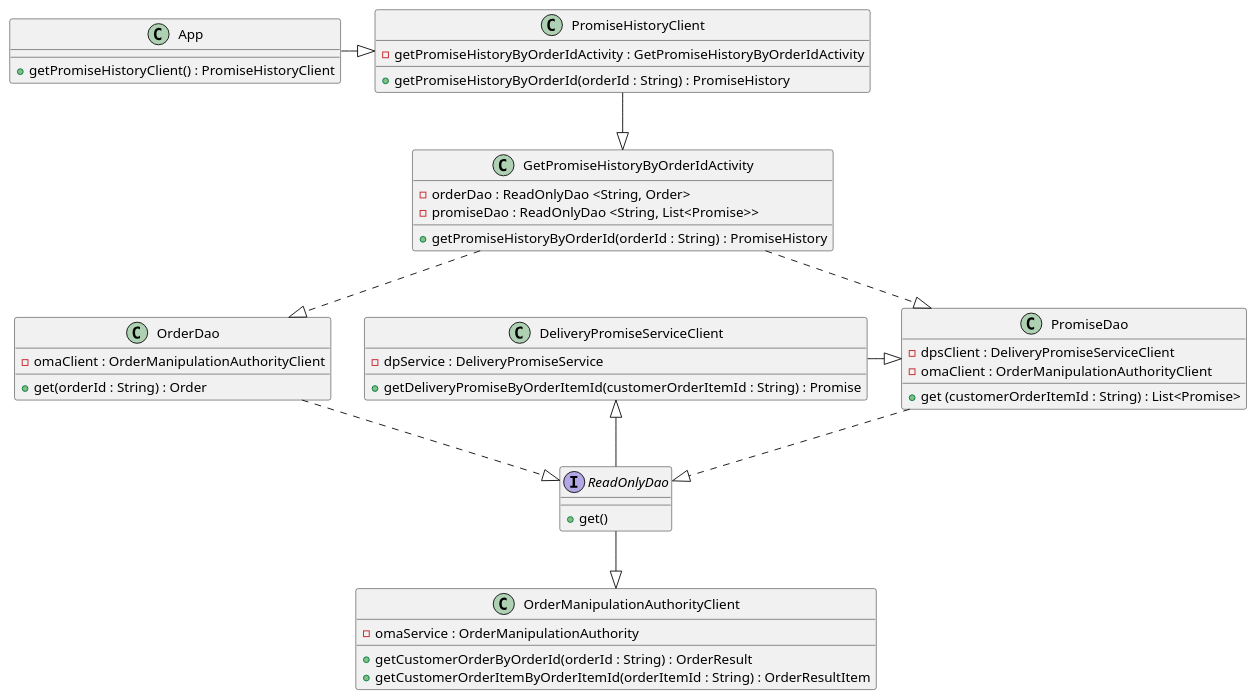
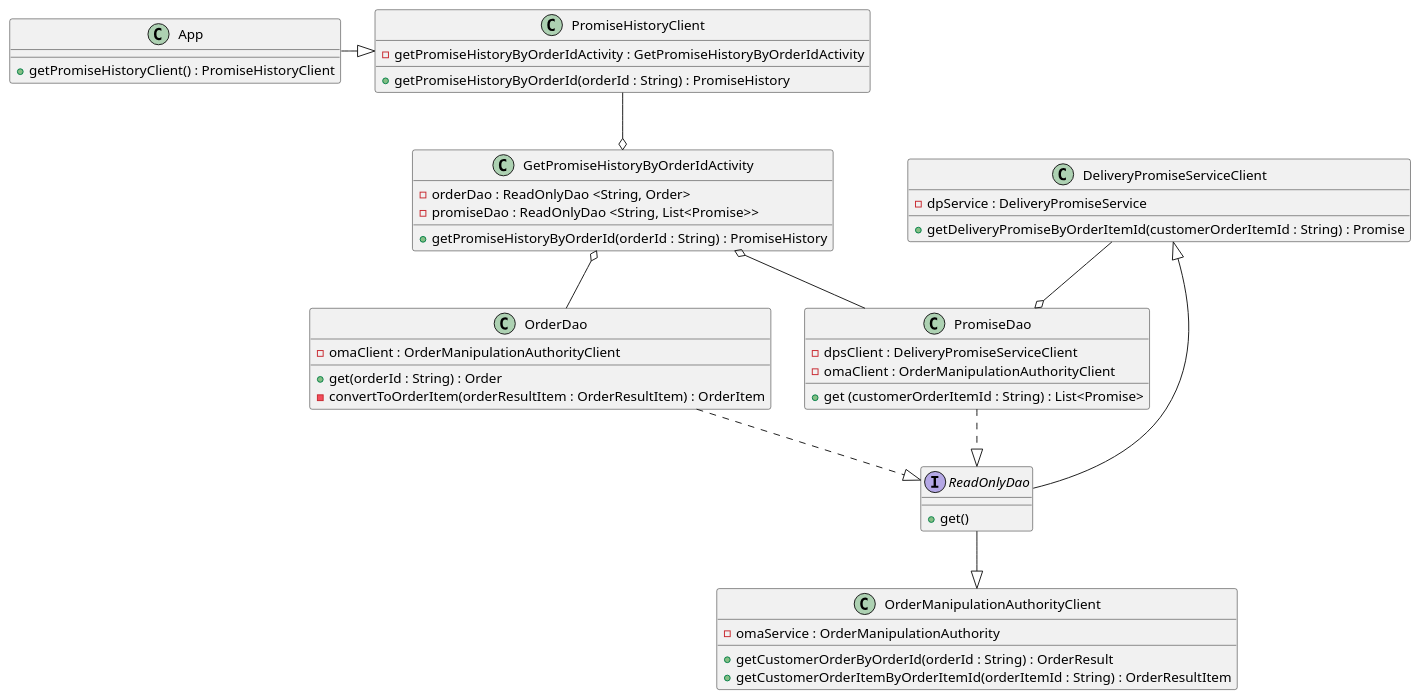
One commit to KasiDavid/bd-intermediate-java-project changed the diagram in src/resources/deliveringonourpromise_CD.puml. Above: the diagram before and after it, drawn with PlantUML.

Commit message:
Working on task 4 relationships

```diff
--- a/src/resources/deliveringonourpromise_CD.puml
+++ b/src/resources/deliveringonourpromise_CD.puml
@@ -1,62 +1,63 @@
 @startuml
 
 class App{
 + getPromiseHistoryClient() : PromiseHistoryClient
 }
 
 class PromiseHistoryClient {
 - getPromiseHistoryByOrderIdActivity : GetPromiseHistoryByOrderIdActivity
 
 + getPromiseHistoryByOrderId(orderId : String) : PromiseHistory
 }
 
 class GetPromiseHistoryByOrderIdActivity {
 - orderDao : ReadOnlyDao <String, Order>
 - promiseDao : ReadOnlyDao <String, List<Promise>>
 
 + getPromiseHistoryByOrderId(orderId : String) : PromiseHistory
 }
 
 class OrderDao {
 - omaClient : OrderManipulationAuthorityClient
 
 + get(orderId : String) : Order
+- convertToOrderItem(orderResultItem : OrderResultItem) : OrderItem
 }
 
 class PromiseDao {
 - dpsClient : DeliveryPromiseServiceClient
 - omaClient : OrderManipulationAuthorityClient
 
 + get (customerOrderItemId : String) : List<Promise>
 }
 
 interface ReadOnlyDao {
 + get()
 }
 
 class OrderManipulationAuthorityClient {
 - omaService : OrderManipulationAuthority
 
 + getCustomerOrderByOrderId(orderId : String) : OrderResult
 + getCustomerOrderItemByOrderItemId(orderItemId : String) : OrderResultItem
 }
 
 class DeliveryPromiseServiceClient {
 - dpService : DeliveryPromiseService
 
 + getDeliveryPromiseByOrderItemId(customerOrderItemId : String) : Promise
 }
 
 App -|> PromiseHistoryClient
-PromiseHistoryClient --|> GetPromiseHistoryByOrderIdActivity
+PromiseHistoryClient --o GetPromiseHistoryByOrderIdActivity
 
-GetPromiseHistoryByOrderIdActivity ..|> OrderDao
-GetPromiseHistoryByOrderIdActivity ..|> PromiseDao
+GetPromiseHistoryByOrderIdActivity o-- OrderDao
+GetPromiseHistoryByOrderIdActivity o-- PromiseDao
 OrderDao ..|> ReadOnlyDao
 PromiseDao ..|> ReadOnlyDao
 DeliveryPromiseServiceClient <|- ReadOnlyDao
-DeliveryPromiseServiceClient -|> PromiseDao
+DeliveryPromiseServiceClient --o PromiseDao
 ReadOnlyDao --|> OrderManipulationAuthorityClient
 
 
 @enduml
```
